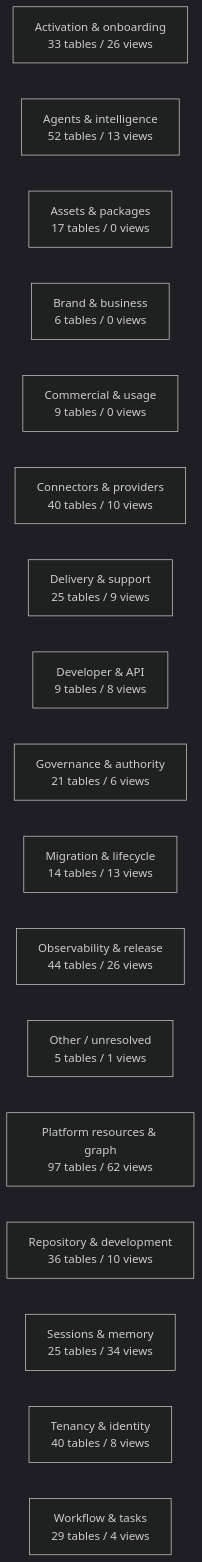
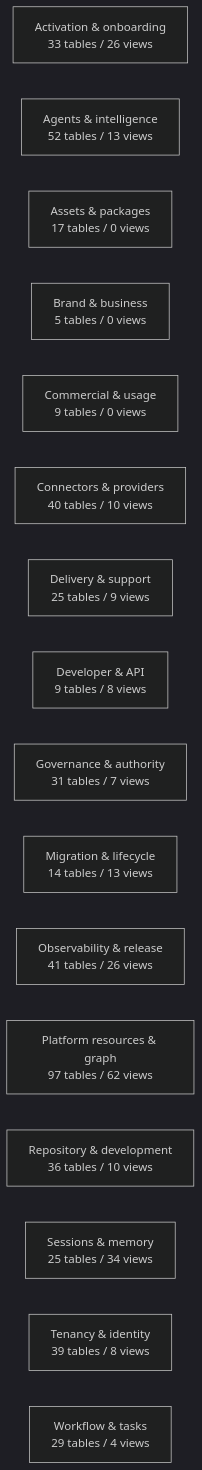
One commit to mad4bdigital-ai/multi-business-multi-role-growth-intelligence-os changed the diagram in docs/work-maps/data-model-domain-map.md. Above: the diagram before and after it, drawn with Mermaid (dark theme). The commit also changed other lines of this file and 6 other files, not shown here.

````diff
--- a/docs/work-maps/data-model-domain-map.md
+++ b/docs/work-maps/data-model-domain-map.md
@@ -9,20 +9,19 @@
 ```mermaid
 flowchart LR
   n_Activation___onboarding["Activation & onboarding<br/>33 tables / 26 views"]
   n_Agents___intelligence["Agents & intelligence<br/>52 tables / 13 views"]
   n_Assets___packages["Assets & packages<br/>17 tables / 0 views"]
-  n_Brand___business["Brand & business<br/>6 tables / 0 views"]
+  n_Brand___business["Brand & business<br/>5 tables / 0 views"]
   n_Commercial___usage["Commercial & usage<br/>9 tables / 0 views"]
   n_Connectors___providers["Connectors & providers<br/>40 tables / 10 views"]
   n_Delivery___support["Delivery & support<br/>25 tables / 9 views"]
   n_Developer___API["Developer & API<br/>9 tables / 8 views"]
-  n_Governance___authority["Governance & authority<br/>21 tables / 6 views"]
+  n_Governance___authority["Governance & authority<br/>31 tables / 7 views"]
   n_Migration___lifecycle["Migration & lifecycle<br/>14 tables / 13 views"]
-  n_Observability___release["Observability & release<br/>44 tables / 26 views"]
-  n_Other___unresolved["Other / unresolved<br/>5 tables / 1 views"]
+  n_Observability___release["Observability & release<br/>41 tables / 26 views"]
   n_Platform_resources___graph["Platform resources & graph<br/>97 tables / 62 views"]
   n_Repository___development["Repository & development<br/>36 tables / 10 views"]
   n_Sessions___memory["Sessions & memory<br/>25 tables / 34 views"]
-  n_Tenancy___identity["Tenancy & identity<br/>40 tables / 8 views"]
+  n_Tenancy___identity["Tenancy & identity<br/>39 tables / 8 views"]
   n_Workflow___tasks["Workflow & tasks<br/>29 tables / 4 views"]
 ```
````
